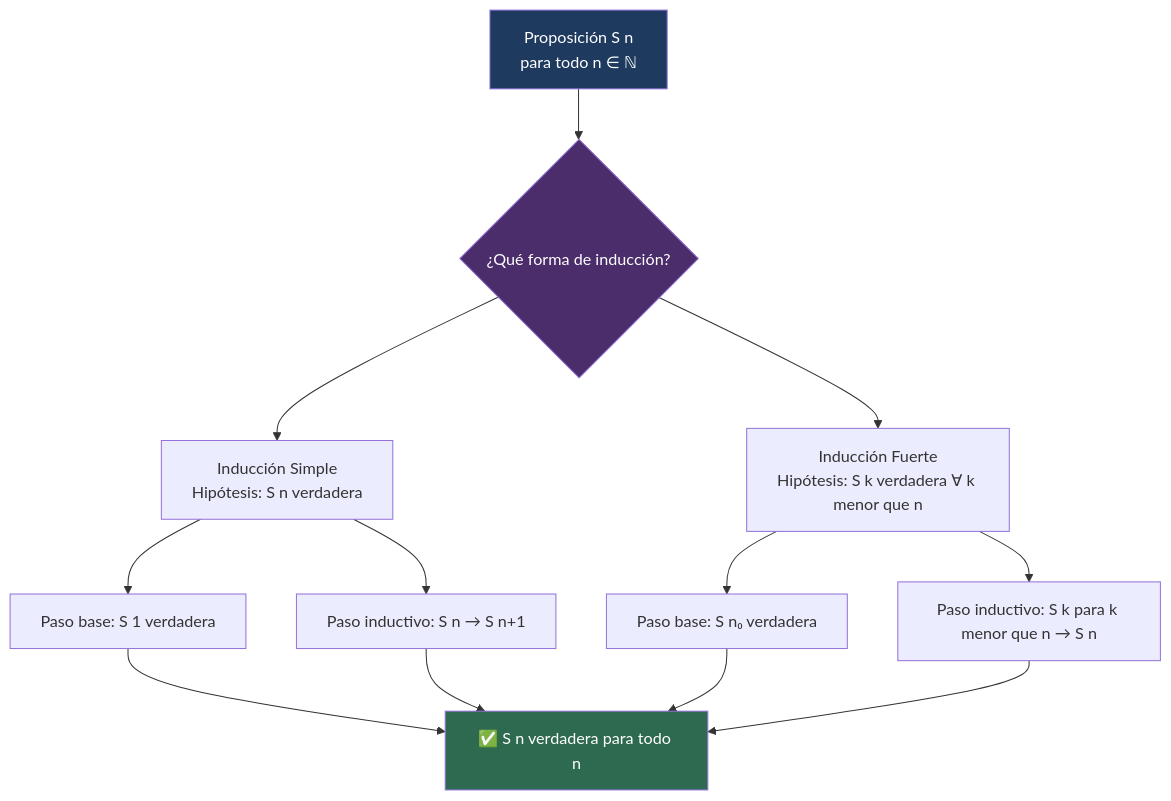
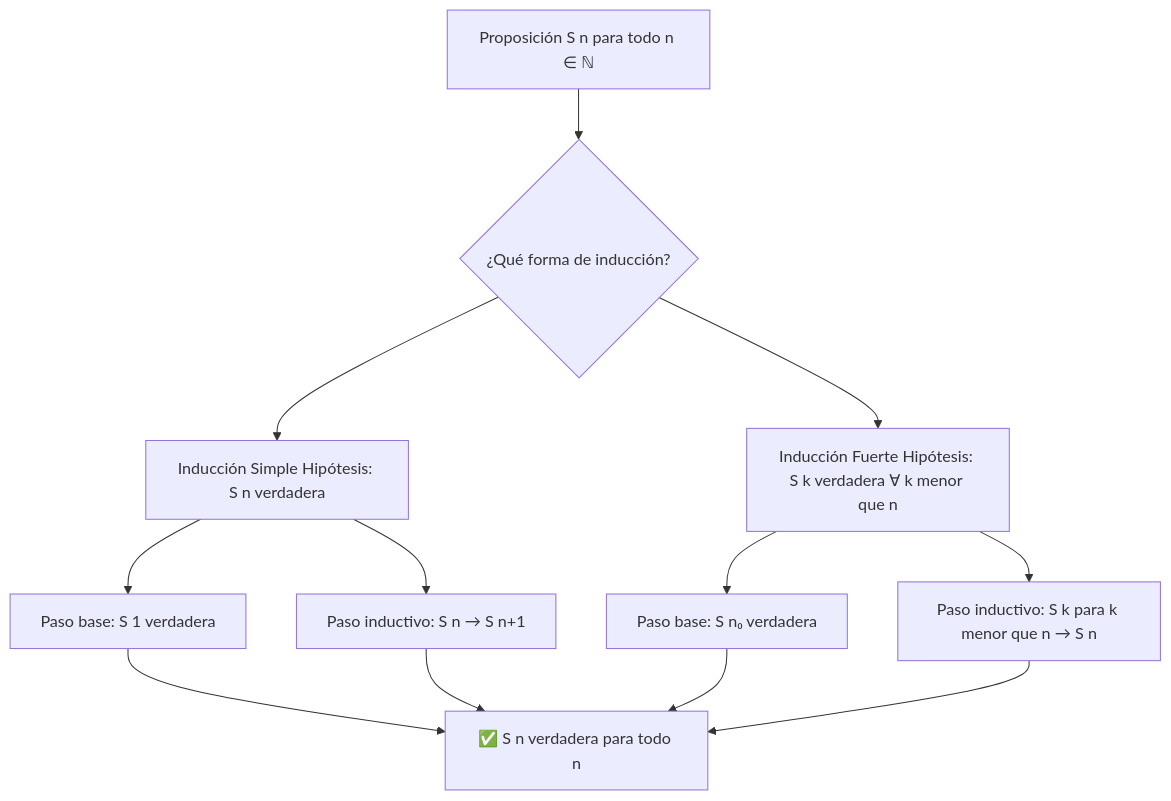
Before and after one commit to Fsteven22/Notas-de-Universidad-Freddy-Sanchez-: the diagram in Universidad/3er Semestre/Matemáticas Discretas/Unidad 1 - Logica y Conjuntos/III - Razonamiento Inductivo/03 - Inducción Matemática.md, drawn with Mermaid. The commit also changed other lines of this file and 1424 other files, not shown here.

````diff
--- a/Universidad/3er Semestre/Matemáticas Discretas/Unidad 1 - Logica y Conjuntos/III - Razonamiento Inductivo/03 - Inducción Matemática.md
+++ b/Universidad/3er Semestre/Matemáticas Discretas/Unidad 1 - Logica y Conjuntos/III - Razonamiento Inductivo/03 - Inducción Matemática.md
@@ -212,22 +216,19 @@
 ```mermaid
 graph TD
-    A[Proposición S n<br/>para todo n ∈ ℕ] --> B{¿Qué forma de inducción?}
+    A[Proposición S n para todo n ∈ ℕ] --> B{¿Qué forma de inducción?}
 
-    B --> C[Inducción Simple<br/>Hipótesis: S n verdadera]
-    B --> D[Inducción Fuerte<br/>Hipótesis: S k verdadera ∀ k menor que n]
+    B --> C[Inducción Simple Hipótesis: S n verdadera]
+    B --> D[Inducción Fuerte Hipótesis: S k verdadera ∀ k menor que n]
 
     C --> E[Paso base: S 1 verdadera]
     C --> F[Paso inductivo: S n → S n+1]
 
     D --> G[Paso base: S n₀ verdadera]
     D --> H[Paso inductivo: S k para k menor que n → S n]
 
     E --> I[✅ S n verdadera para todo n]
     F --> I
     G --> I
     H --> I
 
-    style A fill:#1e3a5f,color:#fff
-    style B fill:#4a2d6a,color:#fff
-    style I fill:#2d6a4f,color:#fff
 ```
````
